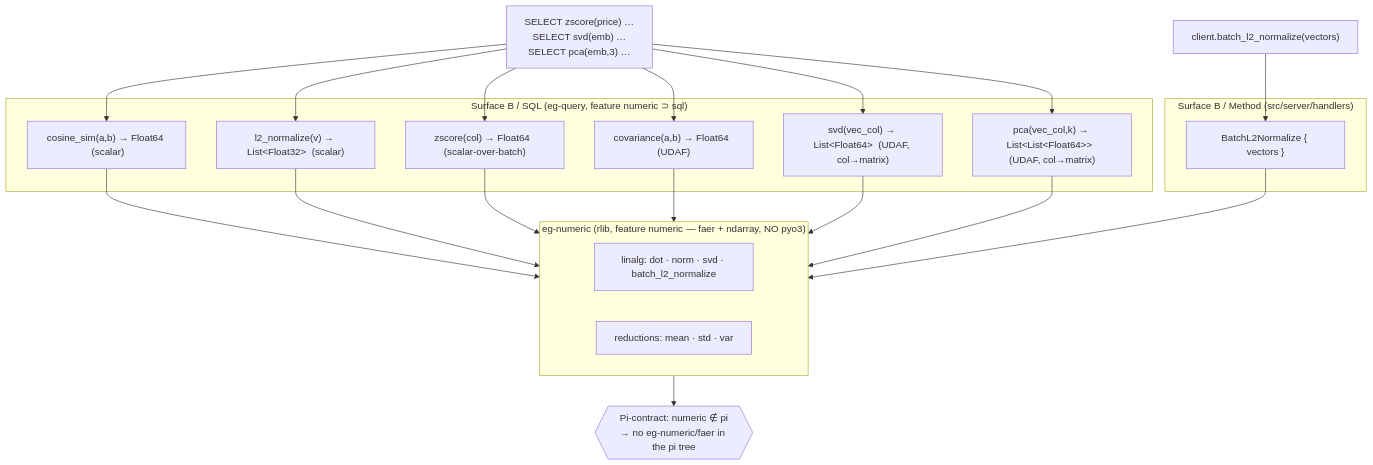
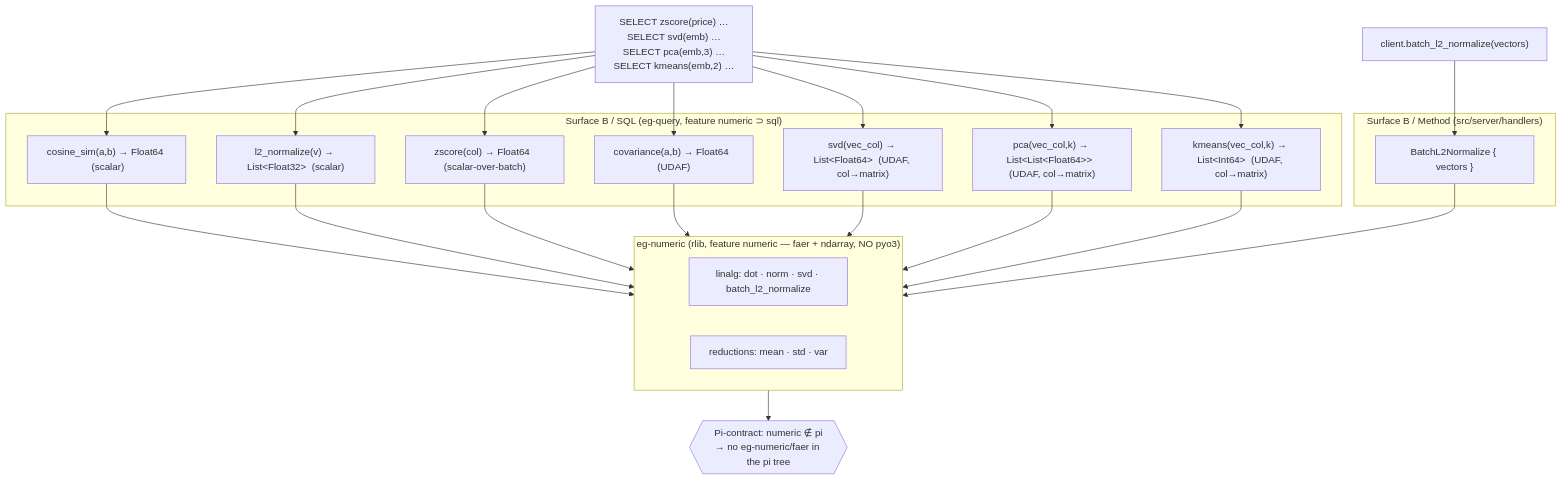
Before and after one commit to Knuckles-Team/epistemic-graph: the second of 3 diagrams in docs/architecture/numeric-kernel.md, drawn with Mermaid. The commit also changed other lines of this file and 11 other files, not shown here.

````diff
--- a/docs/architecture/numeric-kernel.md
+++ b/docs/architecture/numeric-kernel.md
@@ -119,22 +119,23 @@
 ```mermaid
 flowchart TD
     subgraph kernel["eg-numeric (rlib, feature numeric — faer + ndarray, NO pyo3)"]
       K1["linalg: dot · norm · svd · batch_l2_normalize"]
       K2["reductions: mean · std · var"]
     end
     subgraph sql["Surface B / SQL  (eg-query, feature numeric ⊃ sql)"]
       U1["cosine_sim(a,b) → Float64  (scalar)"]
       U2["l2_normalize(v) → List&lt;Float32&gt;  (scalar)"]
       U3["zscore(col) → Float64  (scalar-over-batch)"]
       U4["covariance(a,b) → Float64  (UDAF)"]
       U5["svd(vec_col) → List&lt;Float64&gt;  (UDAF, col→matrix)"]
       U6["pca(vec_col,k) → List&lt;List&lt;Float64&gt;&gt;  (UDAF, col→matrix)"]
+      U7["kmeans(vec_col,k) → List&lt;Int64&gt;  (UDAF, col→matrix)"]
     end
     subgraph rpc["Surface B / Method  (src/server/handlers)"]
       M1["BatchL2Normalize { vectors }"]
     end
-    SQL["SELECT zscore(price) …\nSELECT svd(emb) …\nSELECT pca(emb,3) …"] --> U1 & U2 & U3 & U4 & U5 & U6
-    U1 & U2 & U3 & U4 & U5 & U6 --> kernel
+    SQL["SELECT zscore(price) …\nSELECT svd(emb) …\nSELECT pca(emb,3) …\nSELECT kmeans(emb,2) …"] --> U1 & U2 & U3 & U4 & U5 & U6 & U7
+    U1 & U2 & U3 & U4 & U5 & U6 & U7 --> kernel
     client["client.batch_l2_normalize(vectors)"] --> M1 --> kernel
     kernel --> pi{{"Pi-contract: numeric ∉ pi\n→ no eg-numeric/faer in the pi tree"}}
 ```
````
